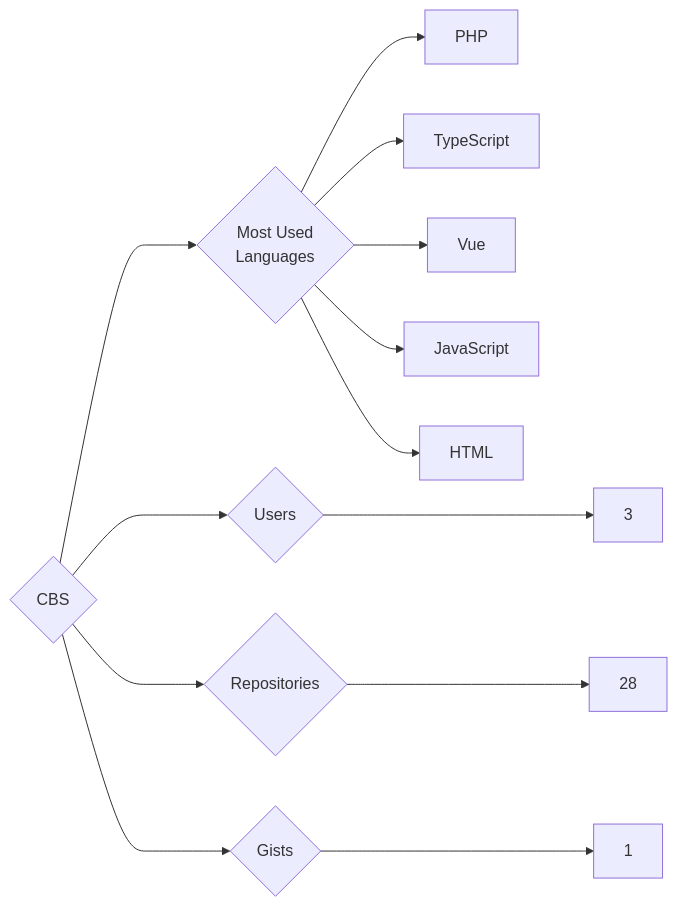
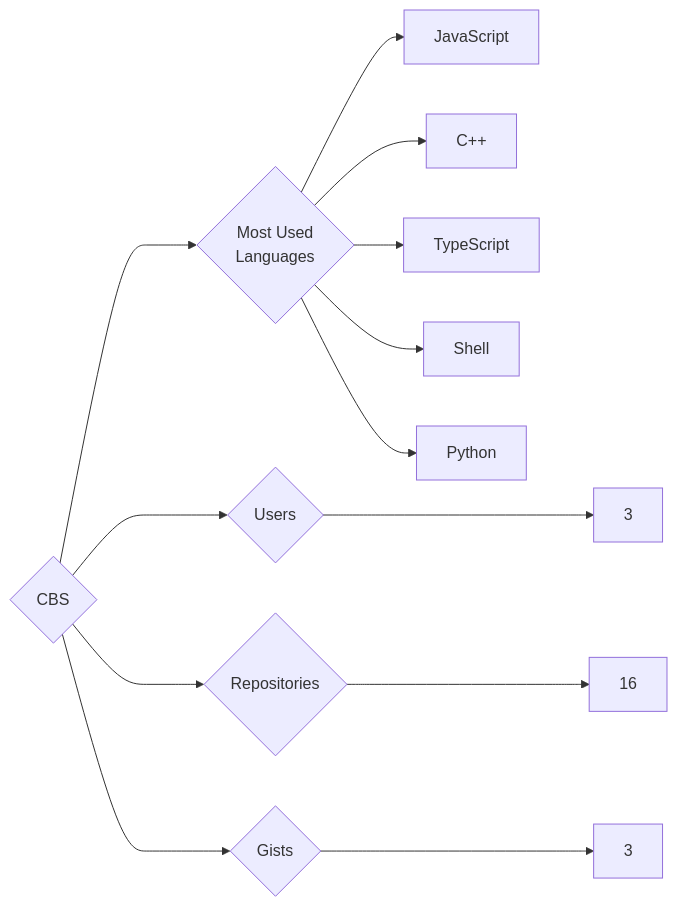
The diagram in targets/CBS/README.md (trickest/insiders), drawn with Mermaid before and after one commit. The commit also changed 1003 other files, not shown here.

````diff
--- a/targets/CBS/README.md
+++ b/targets/CBS/README.md
@@ -3,13 +3,13 @@
 ```mermaid
 graph LR
 COMPANY_NAME{CBS}
 COMPANY_NAME ---> U{Users} ---> UN[3]
-COMPANY_NAME ---> R{Repositories} ---> RN[28]
-COMPANY_NAME ---> G{Gists} ---> GN[1]
+COMPANY_NAME ---> R{Repositories} ---> RN[16]
+COMPANY_NAME ---> G{Gists} ---> GN[3]
 COMPANY_NAME ---> ML{Most Used<br>Languages}
-ML --> PHP[PHP]
+ML --> JavaScript[JavaScript]
+ML --> C++[C++]
 ML --> TypeScript[TypeScript]
-ML --> Vue[Vue]
-ML --> JavaScript[JavaScript]
-ML --> HTML[HTML]
+ML --> Shell[Shell]
+ML --> Python[Python]
 ```
````
